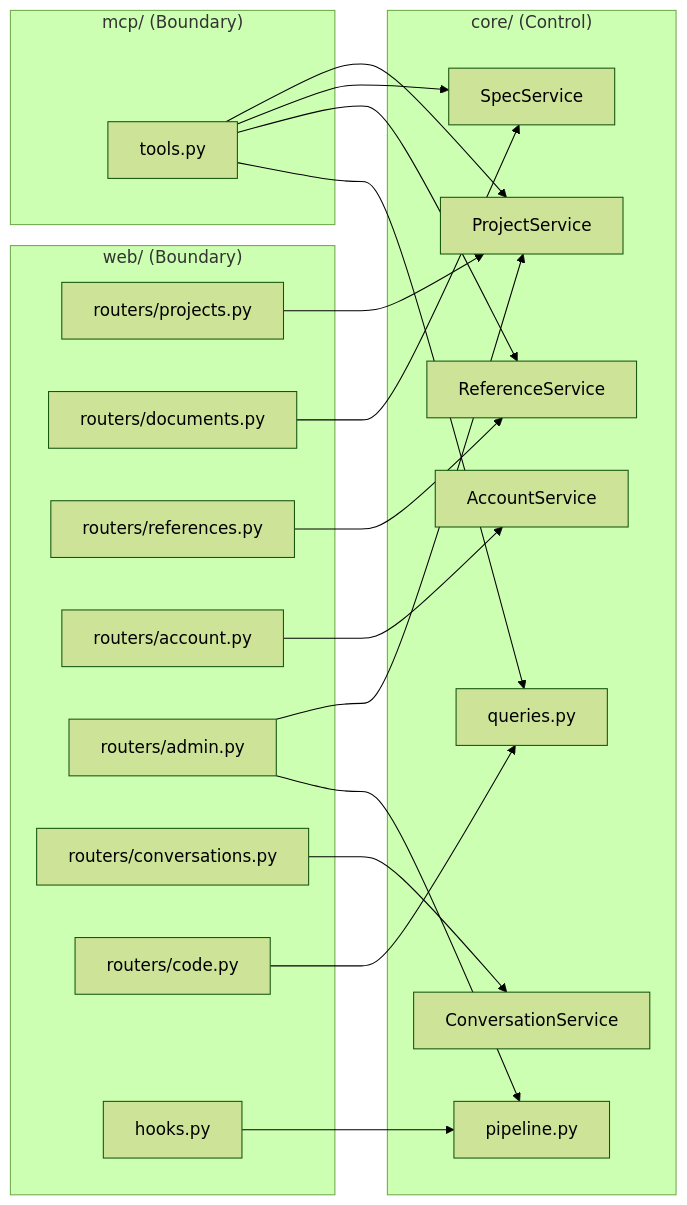
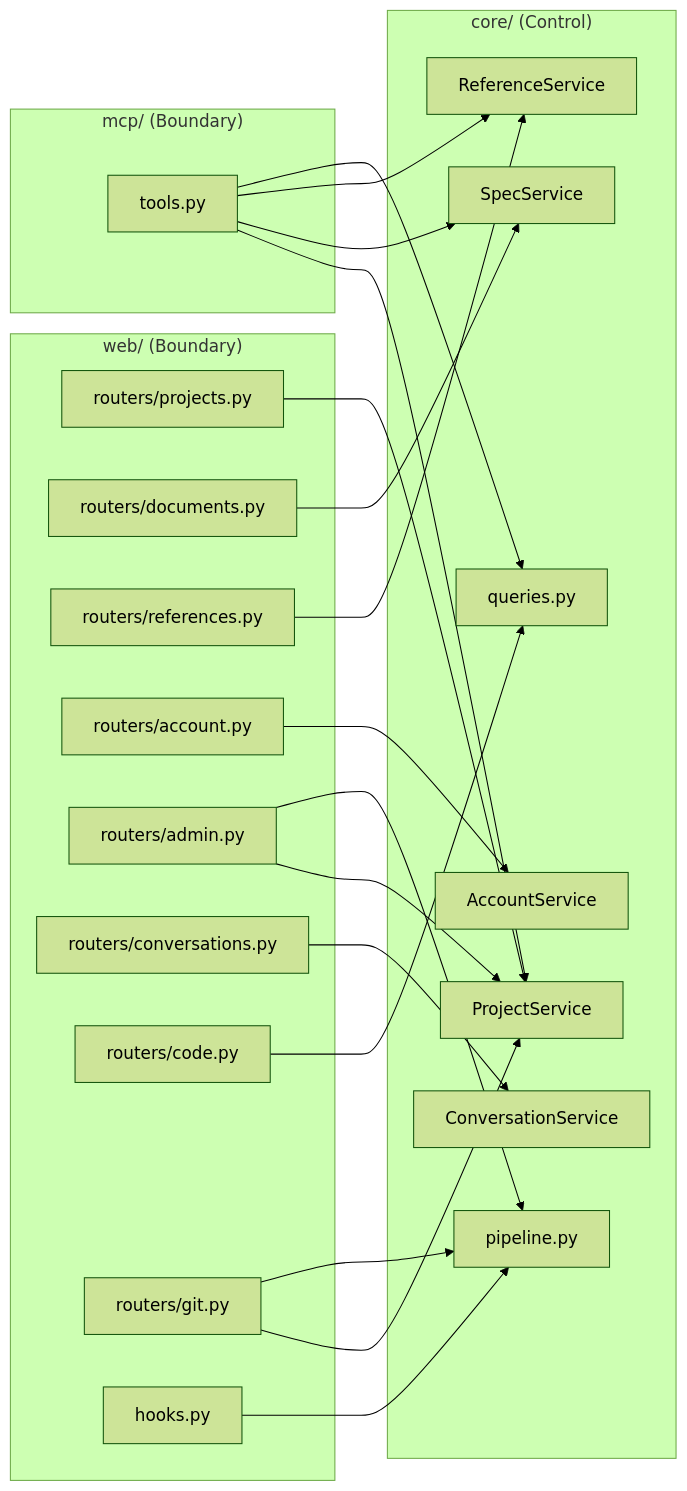
Before and after one commit to HoyoungParkme/syncdoc: diagram 15 of 22 in docs/specs/06-DOM/SYNC-DOM-002.md, drawn with Mermaid (forest theme). The commit also changed other lines of this file, not shown here.

First line of the commit message:
spec(SYNC-DOM-002): git 입구·코드 올리기 — routers/git · server_origin · upload_code · http_backend

````diff
--- a/docs/specs/06-DOM/SYNC-DOM-002.md
+++ b/docs/specs/06-DOM/SYNC-DOM-002.md
@@ -569,38 +571,41 @@
 ```mermaid
 flowchart LR
     subgraph web["web/ (Boundary)"]
         rp[routers/projects.py]
         rd[routers/documents.py]
         rr[routers/references.py]
         ra[routers/account.py]
         rad[routers/admin.py]
         rc[routers/conversations.py]
         rcg[routers/code.py]
+        rg[routers/git.py]
         hk[hooks.py]
     end
     subgraph mcp["mcp/ (Boundary)"]
         mt[tools.py]
     end
     subgraph core["core/ (Control)"]
         PS[ProjectService]
         SS[SpecService]
         RS[ReferenceService]
         AS[AccountService]
         CS[ConversationService]
         PL[pipeline.py]
         QRB[queries.py]
     end
     rp --> PS
     rd --> SS
     rr --> RS
     ra --> AS
     rad --> PS
     rad --> PL
     rc --> CS
     rcg --> QRB
+    rg --> PS
+    rg --> PL
     hk --> PL
     mt --> PS
     mt --> SS
     mt --> RS
     mt --> QRB
 ```
````
